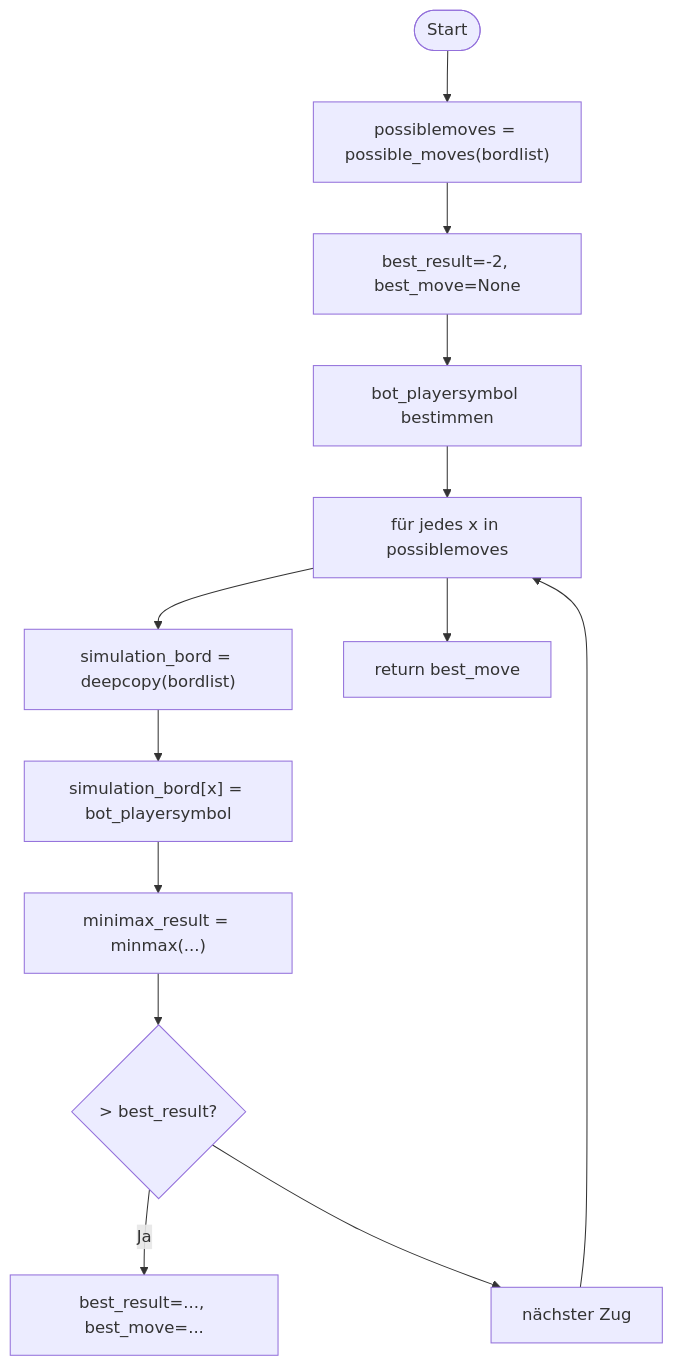
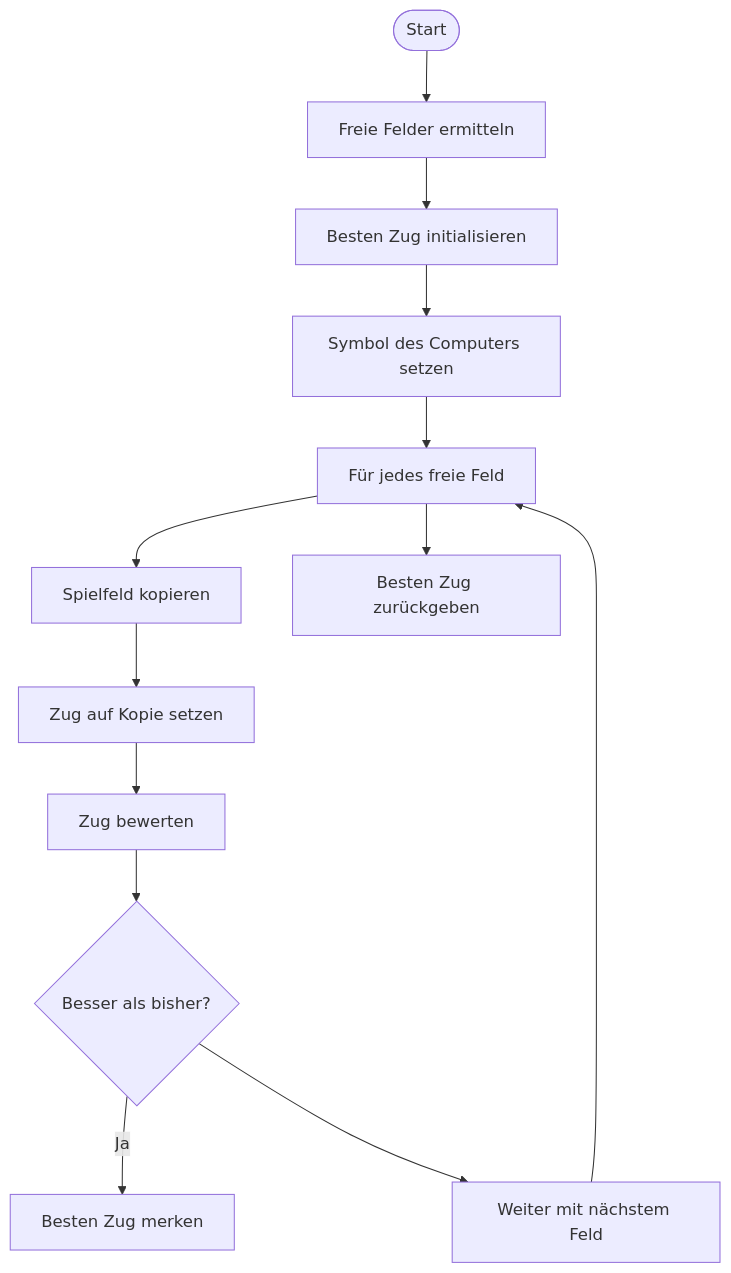
One commit to Finn965/Informatik-1-Softwareprojekt changed diagram 11 of 13 in flowchart.md. Above: the diagram before and after it, drawn with Mermaid. The commit also changed other lines of this file, not shown here.

````diff
--- a/flowchart.md
+++ b/flowchart.md
@@ -199,16 +199,16 @@
 ```mermaid
 flowchart TD
     Start([Start])
-    Start --> Moves["possiblemoves = possible_moves(bordlist)"]
-    Moves --> Init["best_result=-2, best_move=None"]
-    Init --> Symbol["bot_playersymbol bestimmen"]
-    Symbol --> Loop["für jedes x in possiblemoves"]
-    Loop --> Copy["simulation_bord = deepcopy(bordlist)"]
-    Copy --> Put["simulation_bord[x] = bot_playersymbol"]
-    Put --> Eval["minimax_result = minmax(...)"]
-    Eval --> Compare{> best_result?}
-    Compare -- Ja --> Update["best_result=..., best_move=... "]
-    Compare --> Next["nächster Zug"]
+    Start --> Moves["Freie Felder ermitteln"]
+    Moves --> Init["Besten Zug initialisieren"]
+    Init --> Symbol["Symbol des Computers setzen"]
+    Symbol --> Loop["Für jedes freie Feld"]
+    Loop --> Copy["Spielfeld kopieren"]
+    Copy --> Put["Zug auf Kopie setzen"]
+    Put --> Eval["Zug bewerten"]
+    Eval --> Compare{"Besser als bisher?"}
+    Compare -- Ja --> Update["Besten Zug merken"]
+    Compare --> Next["Weiter mit nächstem Feld"]
     Next --> Loop
-    Loop --> Return["return best_move"]
+    Loop --> Return["Besten Zug zurückgeben"]
 ```
````
